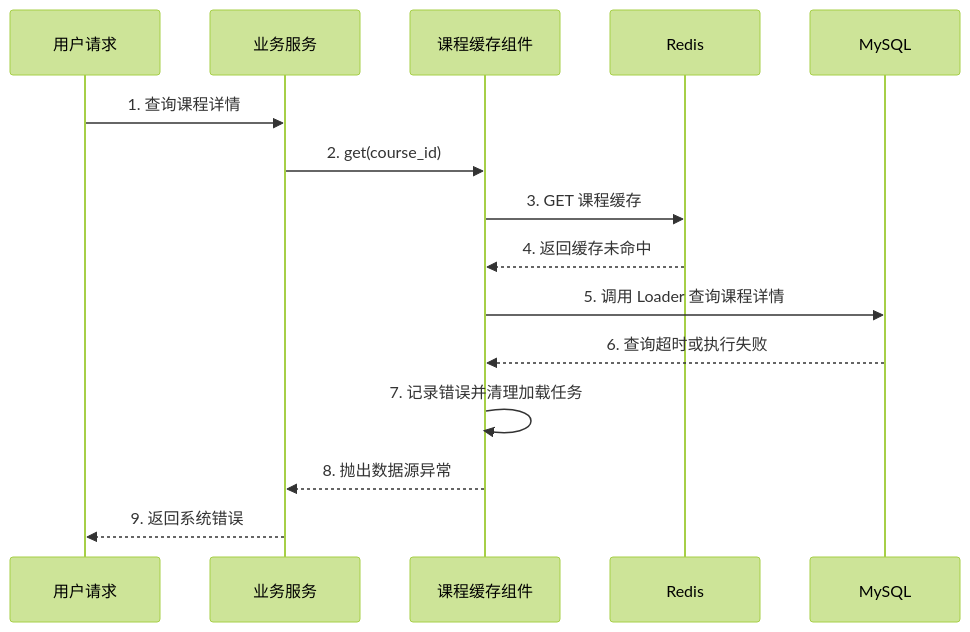
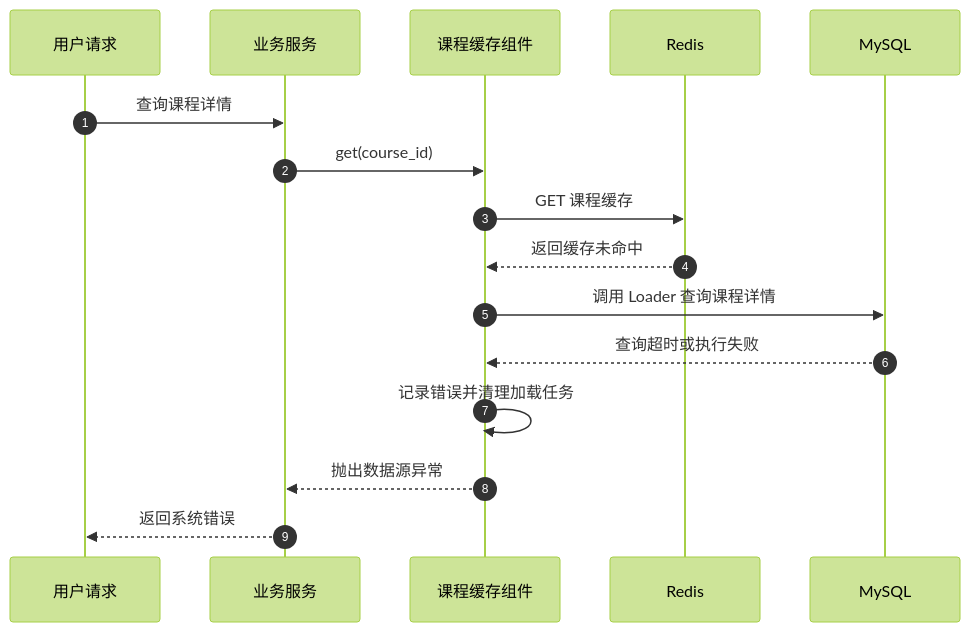
One commit to zdl20251023-pixel/agent-frame changed diagram 16 of 27 in docs/redis/126-redis-4种缓存模式-分享版-极简版.md. Above: the diagram before and after it, drawn with Mermaid (forest theme). The commit also changed other lines of this file, not shown here.

Commit message:
redis 四大缓存模式 分享-极简版

````diff
--- a/docs/redis/126-redis-4种缓存模式-分享版-极简版.md
+++ b/docs/redis/126-redis-4种缓存模式-分享版-极简版.md
@@ -649,20 +661,21 @@
 ```mermaid
 sequenceDiagram
+    autonumber
     participant Client as 用户请求
     participant Service as 业务服务
     participant Cache as 课程缓存组件
     participant Redis as Redis
     participant MySQL as MySQL
 
-    Client->>Service: 1. 查询课程详情
-    Service->>Cache: 2. get(course_id)
-    Cache->>Redis: 3. GET 课程缓存
-    Redis-->>Cache: 4. 返回缓存未命中
+    Client->>Service: 查询课程详情
+    Service->>Cache: get(course_id)
+    Cache->>Redis: GET 课程缓存
+    Redis-->>Cache: 返回缓存未命中
 
-    Cache->>MySQL: 5. 调用 Loader 查询课程详情
-    MySQL-->>Cache: 6. 查询超时或执行失败
+    Cache->>MySQL: 调用 Loader 查询课程详情
+    MySQL-->>Cache: 查询超时或执行失败
 
-    Cache->>Cache: 7. 记录错误并清理加载任务
-    Cache-->>Service: 8. 抛出数据源异常
-    Service-->>Client: 9. 返回系统错误
+    Cache->>Cache: 记录错误并清理加载任务
+    Cache-->>Service: 抛出数据源异常
+    Service-->>Client: 返回系统错误
 ```
````
